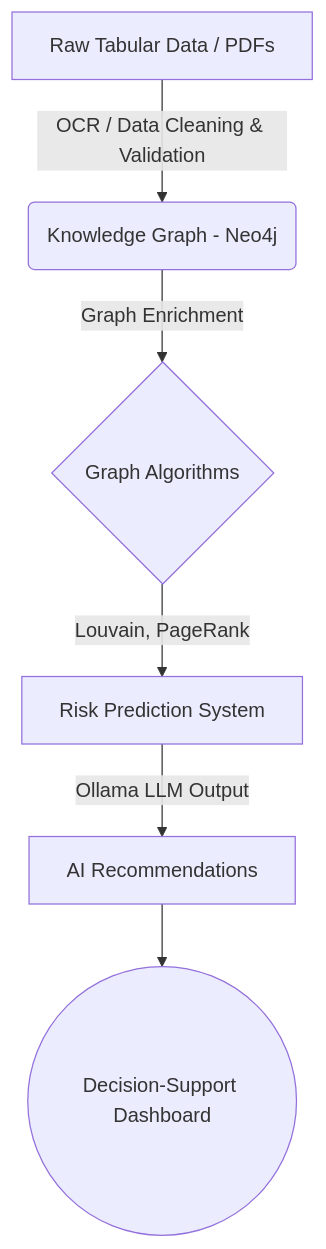
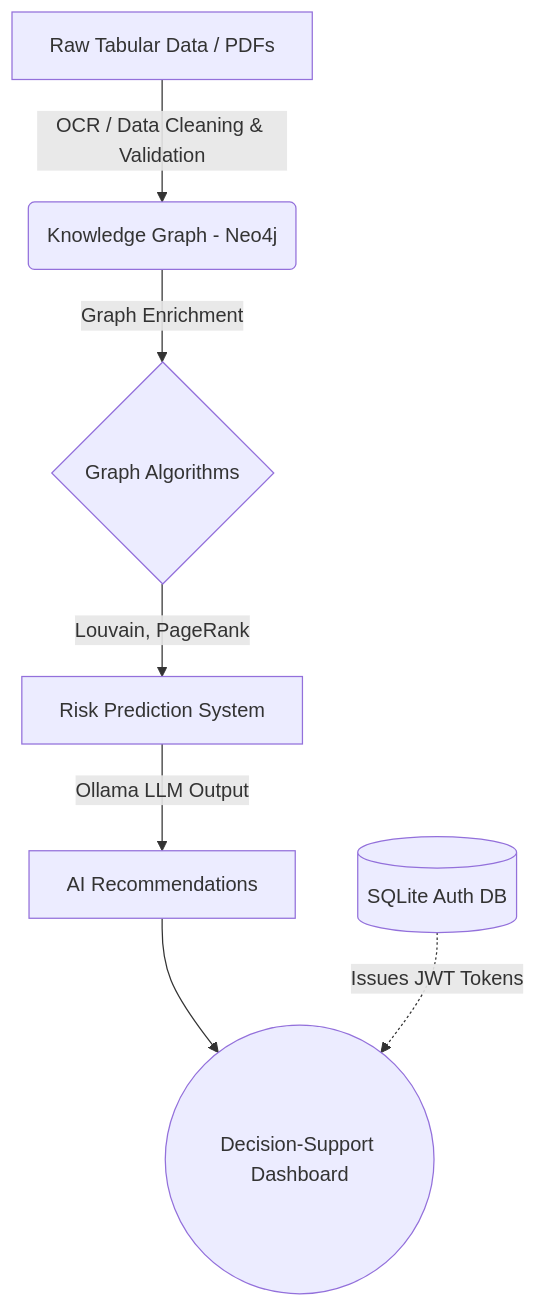
Before and after one commit to srinivasr/civix_ai: the diagram in README.md, drawn with Mermaid. The commit also changed other lines of this file and 9 other files, not shown here.

````diff
--- a/README.md
+++ b/README.md
@@ -38,8 +39,9 @@
 ```mermaid
 graph TD
     A[Raw Tabular Data / PDFs] -->|OCR / Data Cleaning & Validation| B(Knowledge Graph - Neo4j)
     B -->|Graph Enrichment| C{Graph Algorithms}
     C -->|Louvain, PageRank| D[Risk Prediction System]
     D -->|Ollama LLM Output| E[AI Recommendations]
     E --> F((Decision-Support Dashboard))
+    G[(SQLite Auth DB)] -.->|Issues JWT Tokens| F
 ```
````
